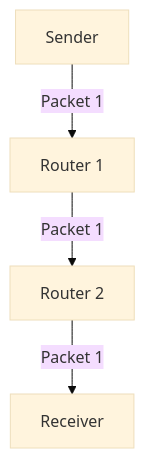
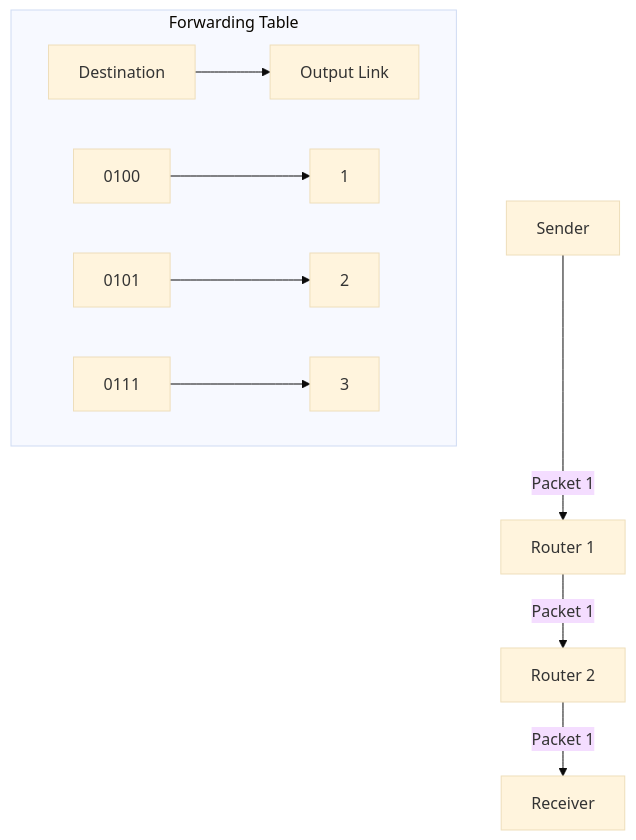
The first of 3 diagrams in ch1/1.3_The_Network_Core.md (Attash2312/cntheory), drawn with Mermaid (base theme) before and after one commit. The commit also changed other lines of this file and 79 other files, not shown here.

````diff
--- a/ch1/1.3_The_Network_Core.md
+++ b/ch1/1.3_The_Network_Core.md
@@ -23,6 +102,13 @@
 ```mermaid
 graph TD
   A[Sender] -- Packet 1 --> B[Router 1]
   B -- Packet 1 --> C[Router 2]
   C -- Packet 1 --> D[Receiver]
+  
+  subgraph "Forwarding Table"
+    E[Destination] --> F[Output Link]
+    G[0100] --> H[1]
+    I[0101] --> J[2]
+    K[0111] --> L[3]
+  end
 ```
````
